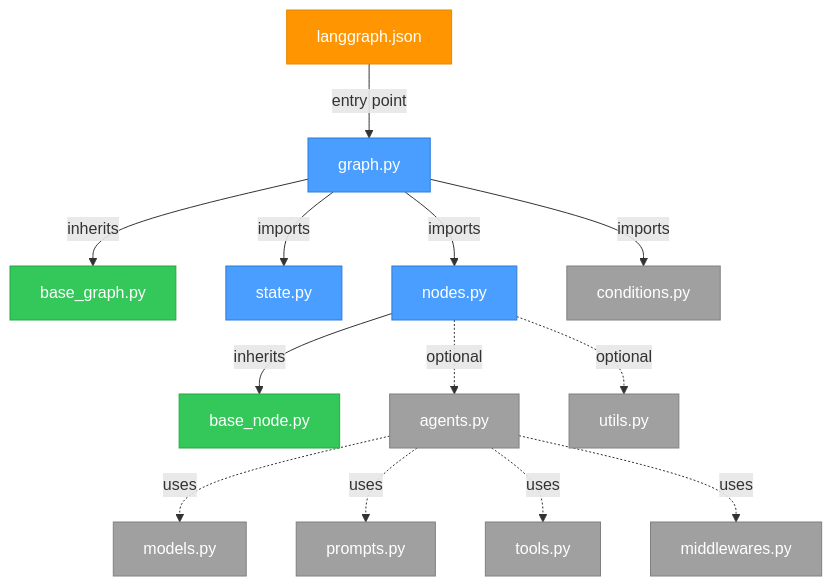
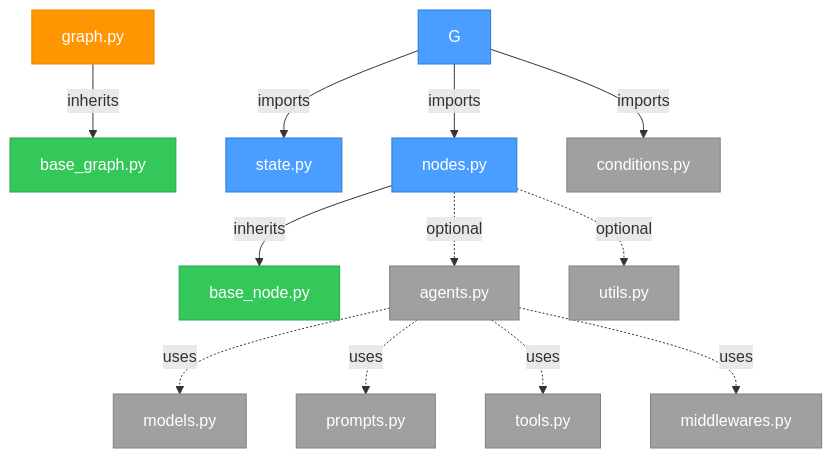
Before and after one commit to Proact0/act-operator: the first of 2 diagrams in README.md, drawn with Mermaid. The commit also changed other lines of this file and 1 other file, not shown here.

Commit message:
docs: correct module connections in diagrams and remove outdated state schema section from README

````diff
--- a/README.md
+++ b/README.md
@@ -178,25 +178,24 @@
 ```mermaid
 graph TD
-    LG["langgraph.json"] -->|entry point| G["graph.py"]
-    G -->|inherits| BG["base_graph.py"]
+    LG["graph.py"] -->|inherits| BG["base_graph.py"]
     G -->|imports| S["state.py"]
     G -->|imports| N["nodes.py"]
     G -->|imports| CD["conditions.py"]
     N -->|inherits| BN["base_node.py"]
     N -.->|optional| A["agents.py"]
     N -.->|optional| U["utils.py"]
     A -.->|uses| M["models.py"]
     A -.->|uses| P["prompts.py"]
     A -.->|uses| T["tools.py"]
     A -.->|uses| MW["middlewares.py"]
 
     classDef required fill:#4a9eff,stroke:#2d7cd6,color:#fff
     classDef optional fill:#a0a0a0,stroke:#808080,color:#fff
     classDef base fill:#34c759,stroke:#28a745,color:#fff
     classDef entry fill:#ff9500,stroke:#e68a00,color:#fff
 
     class LG entry
     class G,S,N required
     class BG,BN base
     class CD,A,T,MW,M,P,U optional
 ```
````
